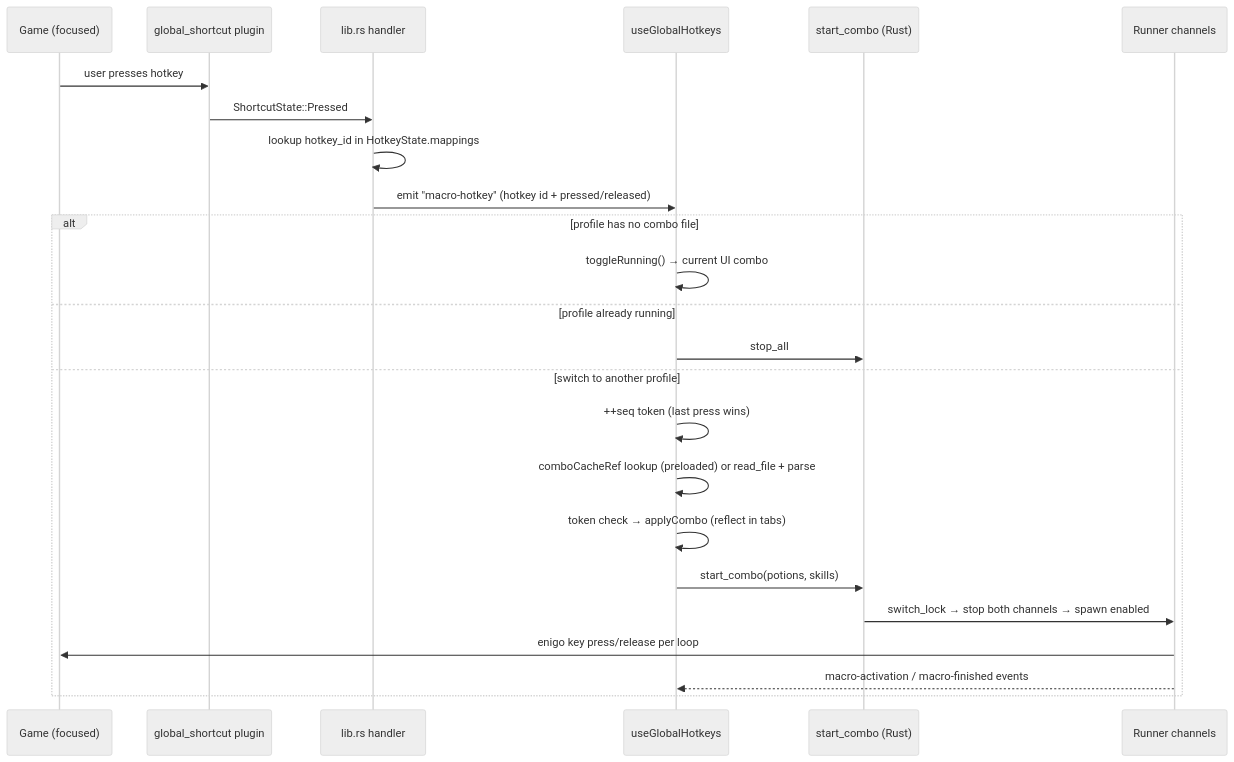
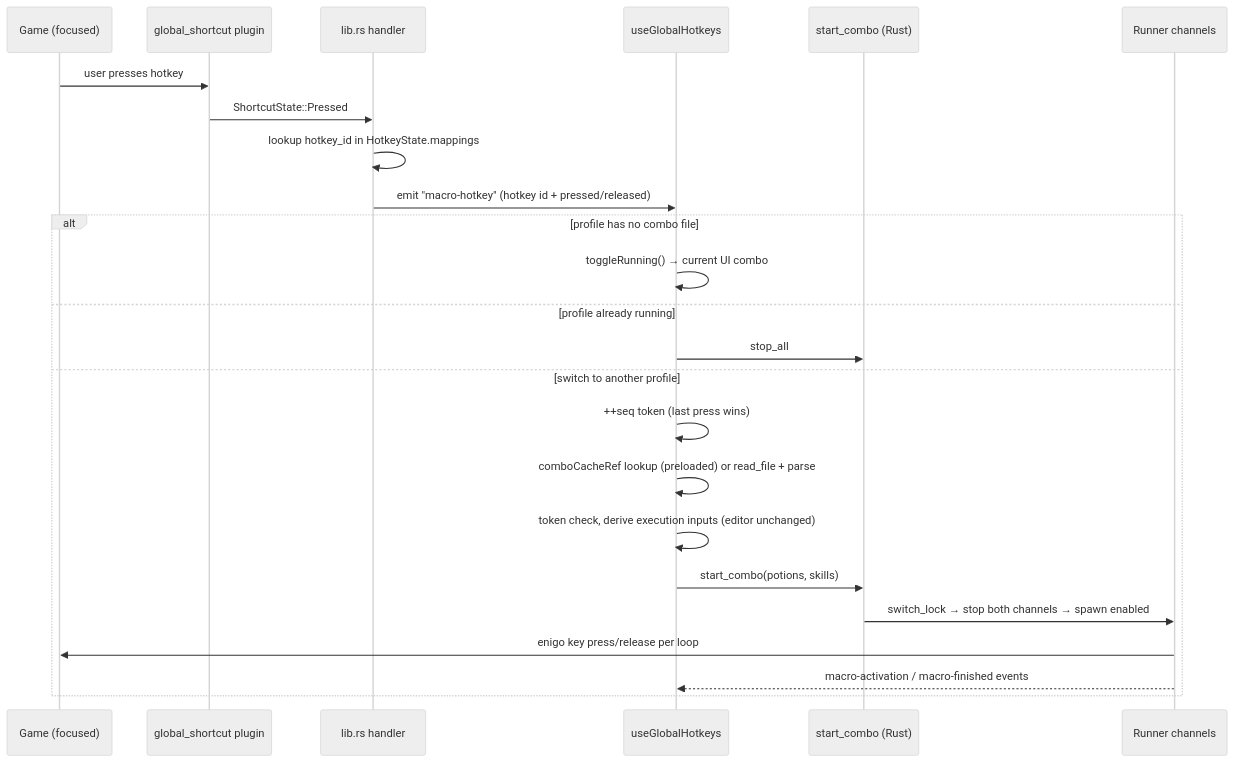
The second of 3 diagrams in docs/architecture.md (dchosendave/combo-macro-recorder), drawn with Mermaid (neutral theme) before and after one commit. The commit also changed other lines of this file and 109 other files, not shown here.

````diff
--- a/docs/architecture.md
+++ b/docs/architecture.md
@@ -40,28 +67,28 @@
 ```mermaid
 sequenceDiagram
     participant OS as Game (focused)
     participant GH as global_shortcut plugin
     participant RS as lib.rs handler
     participant FE as useGlobalHotkeys
     participant CMD as start_combo (Rust)
     participant RUN as Runner channels
 
     OS->>GH: user presses hotkey
     GH->>RS: ShortcutState::Pressed
     RS->>RS: lookup hotkey_id in HotkeyState.mappings
     RS->>FE: emit "macro-hotkey" (hotkey id + pressed/released)
 
     alt profile has no combo file
         FE->>FE: toggleRunning() → current UI combo
     else profile already running
         FE->>CMD: stop_all
     else switch to another profile
         FE->>FE: ++seq token (last press wins)
         FE->>FE: comboCacheRef lookup (preloaded) or read_file + parse
-        FE->>FE: token check → applyCombo (reflect in tabs)
+        FE->>FE: token check, derive execution inputs (editor unchanged)
         FE->>CMD: start_combo(potions, skills)
         CMD->>RUN: switch_lock → stop both channels → spawn enabled
         RUN->>OS: enigo key press/release per loop
         RUN-->>FE: macro-activation / macro-finished events
     end
 ```
````
